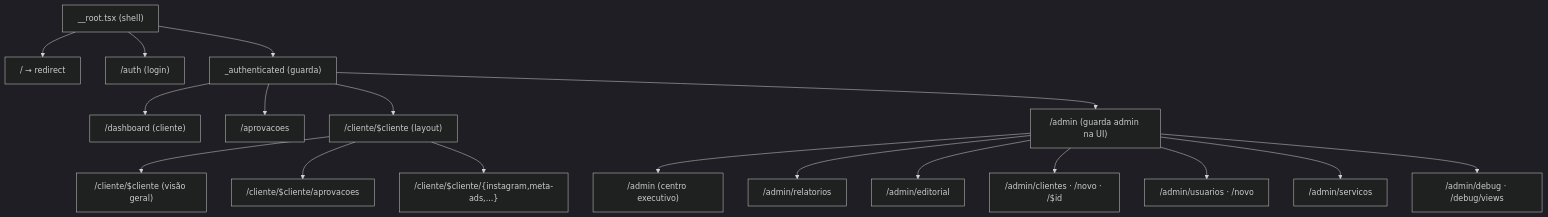
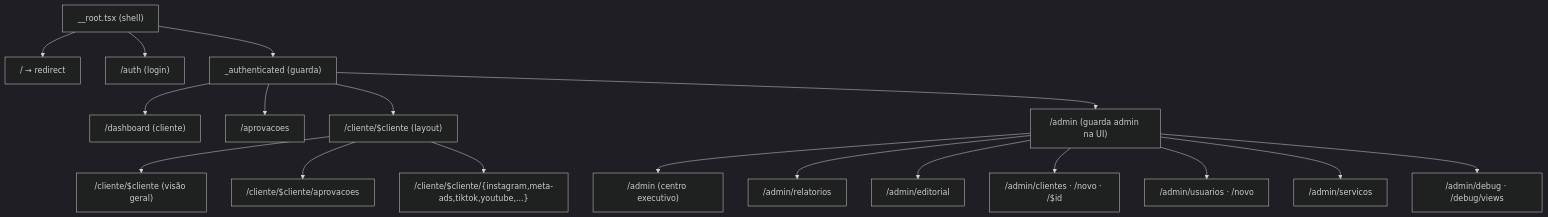
The first of 2 diagrams in docs/05-frontend/routing.md (Lots-BI/supabase-magic-portal), drawn with Mermaid (dark theme) before and after one commit. The commit also changed other lines of this file and 105 other files, not shown here.

First line of the commit message:
feat: varias contas Meta e puxar plataforma por cliente

````diff
--- a/docs/05-frontend/routing.md
+++ b/docs/05-frontend/routing.md
@@ -22,22 +22,22 @@
 ```mermaid
 flowchart TD
     root["__root.tsx (shell)"] --> idx["/ → redirect"]
     root --> auth["/auth (login)"]
     root --> authed["_authenticated (guarda)"]
 
     authed --> dash["/dashboard (cliente)"]
     authed --> aprov["/aprovacoes"]
     authed --> cli["/cliente/$cliente (layout)"]
     cli --> cliIdx["/cliente/$cliente (visão geral)"]
     cli --> cliAprov["/cliente/$cliente/aprovacoes"]
-    cli --> cliPlat["/cliente/$cliente/{instagram,meta-ads,...}"]
+    cli --> cliPlat["/cliente/$cliente/{instagram,meta-ads,tiktok,youtube,...}"]
 
     authed --> admin["/admin (guarda admin na UI)"]
     admin --> admIdx["/admin (centro executivo)"]
     admin --> admRel["/admin/relatorios"]
     admin --> admEd["/admin/editorial"]
     admin --> admCli["/admin/clientes · /novo · /$id"]
     admin --> admUsr["/admin/usuarios · /novo"]
     admin --> admSrv["/admin/servicos"]
     admin --> admDbg["/admin/debug · /debug/views"]
 ```
````
